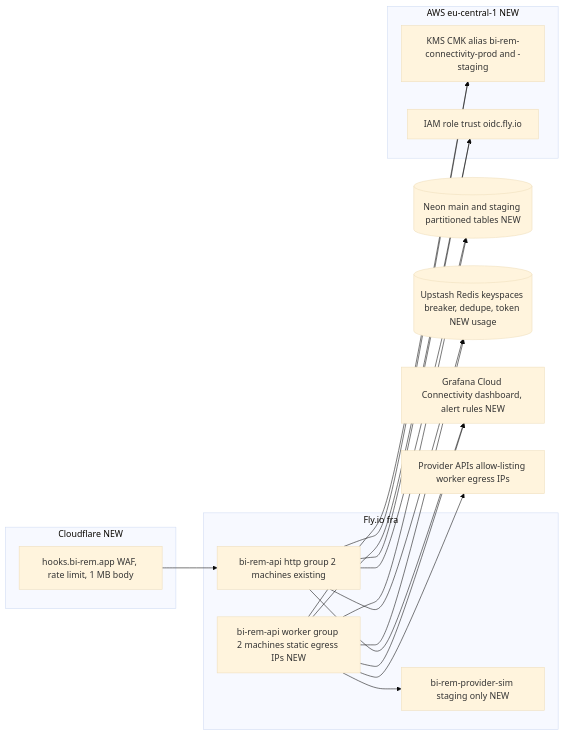
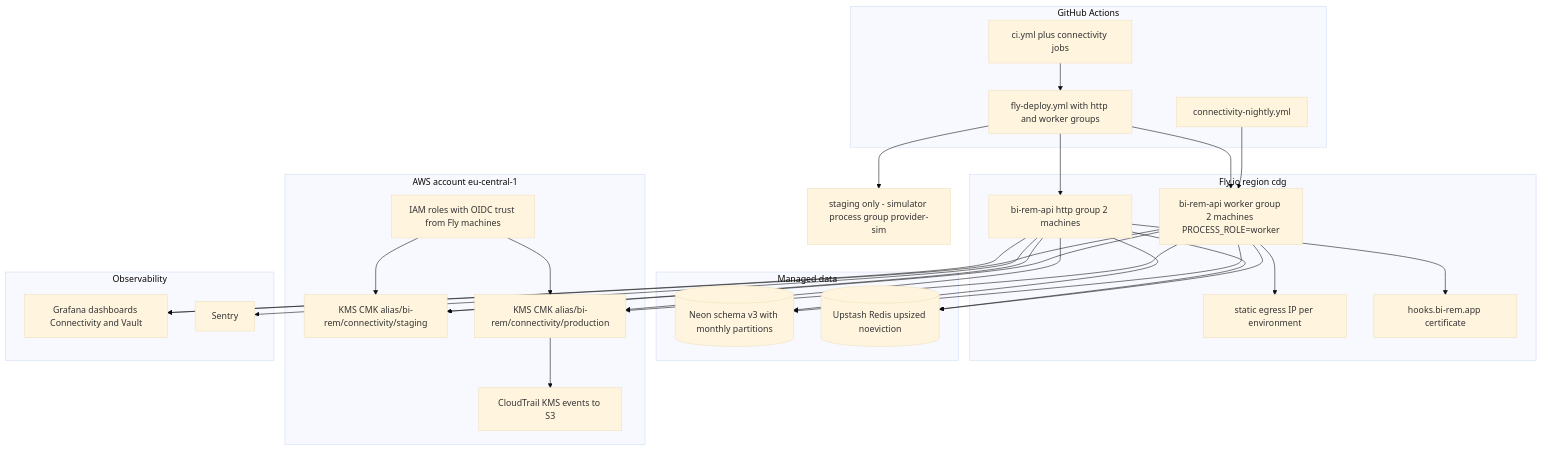
The fifth of 6 diagrams in docs/phases/phase-03-connectivity.md (wouapit999/wouapit999), drawn with Mermaid (base theme) before and after one commit. The commit also changed other lines of this file and 5 other files, not shown here.

````diff
--- a/docs/phases/phase-03-connectivity.md
+++ b/docs/phases/phase-03-connectivity.md
@@ -423,30 +362,56 @@
 ```mermaid
-flowchart LR
-  subgraph Fly["Fly.io fra"]
-    HTTP["bi-rem-api http group 2 machines existing"]
-    WRK["bi-rem-api worker group 2 machines static egress IPs NEW"]
-    SIMS["bi-rem-provider-sim staging only NEW"]
+flowchart TB
+  subgraph GitHub["GitHub Actions"]
+    CI["ci.yml plus connectivity jobs"]
+    DEP["fly-deploy.yml with http and worker groups"]
+    NIGHT["connectivity-nightly.yml"]
   end
-  subgraph Edge["Cloudflare NEW"]
-    HOOKS["hooks.bi-rem.app WAF, rate limit, 1 MB body"]
+
+  subgraph Fly["Fly.io region cdg"]
+    HTTP["bi-rem-api http group 2 machines"]
+    WRK["bi-rem-api worker group 2 machines PROCESS_ROLE=worker"]
+    EGRESS["static egress IP per environment"]
+    HOOKS["hooks.bi-rem.app certificate"]
   end
-  subgraph AWS["AWS eu-central-1 NEW"]
-    KMSK["KMS CMK alias bi-rem-connectivity-prod and -staging"]
-    IAM["IAM role trust oidc.fly.io"]
+
+  subgraph Data["Managed data"]
+    NEON[("Neon schema v3 with monthly partitions")]
+    UPSTASH[("Upstash Redis upsized noeviction")]
   end
-  NEON[("Neon main and staging partitioned tables NEW")]
-  UP[("Upstash Redis keyspaces breaker, dedupe, token NEW usage")]
-  GC["Grafana Cloud Connectivity dashboard, alert rules NEW"]
-  PROVS["Provider APIs allow-listing worker egress IPs"]
 
-  HOOKS --> HTTP
-  HTTP --> NEON & UP
-  WRK --> NEON & UP & KMSK
-  HTTP --> KMSK
-  WRK --> IAM
-  HTTP --> IAM
-  WRK --> PROVS
-  WRK --> SIMS
-  HTTP --> GC
-  WRK --> GC
+  subgraph AWS["AWS account eu-central-1"]
+    KMSS["KMS CMK alias/bi-rem/connectivity/staging"]
+    KMSP["KMS CMK alias/bi-rem/connectivity/production"]
+    IAM["IAM roles with OIDC trust from Fly machines"]
+    CT["CloudTrail KMS events to S3"]
+  end
+
+  subgraph Obs["Observability"]
+    GRAF["Grafana dashboards Connectivity and Vault"]
+    SENTRY["Sentry"]
+  end
+
+  SIMS["staging only - simulator process group provider-sim"]
+
+  CI --> DEP
+  DEP --> HTTP
+  DEP --> WRK
+  DEP --> SIMS
+  NIGHT --> WRK
+  WRK --> EGRESS
+  HTTP --> HOOKS
+  HTTP --> NEON
+  WRK --> NEON
+  HTTP --> UPSTASH
+  WRK --> UPSTASH
+  HTTP --> KMSS
+  WRK --> KMSS
+  HTTP --> KMSP
+  WRK --> KMSP
+  IAM --> KMSS
+  IAM --> KMSP
+  KMSP --> CT
+  HTTP --> GRAF
+  WRK --> GRAF
+  HTTP --> SENTRY
 ```
````
